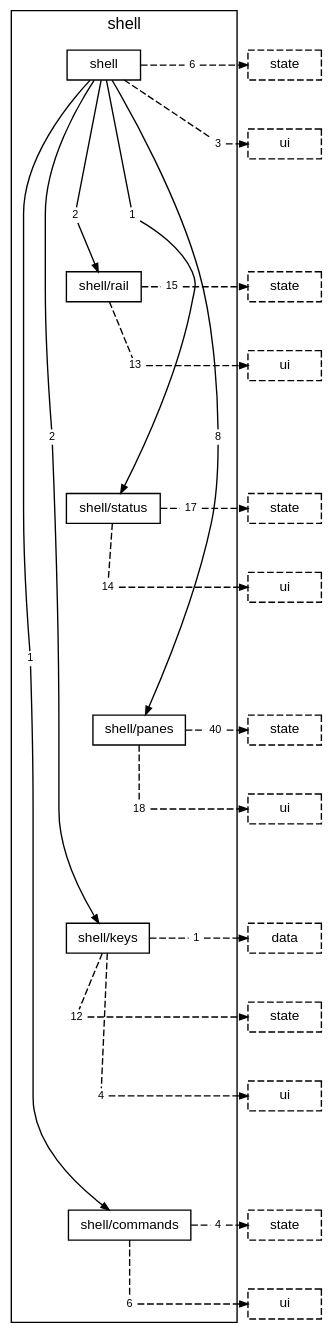
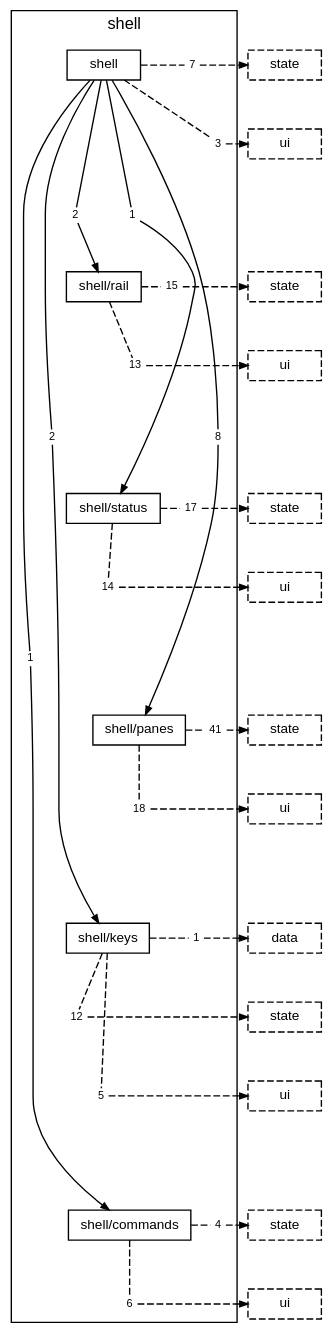
One commit to TheAxeC/oculus changed the diagram in docs/diagrams/layer-shell.dot. Above: the diagram before and after it, drawn with Graphviz. The commit also changed 129 other files, not shown here.

```diff
--- a/docs/diagrams/layer-shell.dot
+++ b/docs/diagrams/layer-shell.dot
@@ -1,99 +1,99 @@
 digraph layer_shell {
     graph [bgcolor="transparent", rankdir=TB, newrank=true, mclimit=4, fontname="Helvetica,Arial,sans-serif", fontsize=12, nodesep=0.2, ranksep=0.5];
     node [shape=box, color="black", fontcolor="black", fontname="Helvetica,Arial,sans-serif", fontsize=10, height=0.3, margin="0.12,0.04"];
     edge [color="black", fontcolor="black", fontname="Helvetica,Arial,sans-serif", fontsize=8, arrowsize=0.6];
     subgraph "cluster_shell" {
         label="shell"; style=solid;
         "folder shell" [label="shell"];
         "folder shell/rail" [label="shell/rail"];
         "folder shell/status" [label="shell/status"];
         "folder shell/panes" [label="shell/panes"];
         "folder shell/keys" [label="shell/keys"];
         "folder shell/commands" [label="shell/commands"];
         "folder shell to folder shell/commands" [label="1", shape=box, color="transparent", fontsize=8, width=0, height=0, margin="0.04,0.02"];
         "folder shell to folder shell/keys" [label="2", shape=box, color="transparent", fontsize=8, width=0, height=0, margin="0.04,0.02"];
         "folder shell to folder shell/panes" [label="8", shape=box, color="transparent", fontsize=8, width=0, height=0, margin="0.04,0.02"];
         "folder shell to folder shell/rail" [label="2", shape=box, color="transparent", fontsize=8, width=0, height=0, margin="0.04,0.02"];
         "folder shell to folder shell/status" [label="1", shape=box, color="transparent", fontsize=8, width=0, height=0, margin="0.04,0.02"];
-        "folder shell to layer state" [label="6", shape=box, color="transparent", fontsize=8, width=0, height=0, margin="0.04,0.02"];
+        "folder shell to layer state" [label="7", shape=box, color="transparent", fontsize=8, width=0, height=0, margin="0.04,0.02"];
         "folder shell to layer ui" [label="3", shape=box, color="transparent", fontsize=8, width=0, height=0, margin="0.04,0.02"];
         "folder shell/rail to layer state" [label="15", shape=box, color="transparent", fontsize=8, width=0, height=0, margin="0.04,0.02"];
         "folder shell/rail to layer ui" [label="13", shape=box, color="transparent", fontsize=8, width=0, height=0, margin="0.04,0.02"];
         "folder shell/status to layer state" [label="17", shape=box, color="transparent", fontsize=8, width=0, height=0, margin="0.04,0.02"];
         "folder shell/status to layer ui" [label="14", shape=box, color="transparent", fontsize=8, width=0, height=0, margin="0.04,0.02"];
-        "folder shell/panes to layer state" [label="40", shape=box, color="transparent", fontsize=8, width=0, height=0, margin="0.04,0.02"];
+        "folder shell/panes to layer state" [label="41", shape=box, color="transparent", fontsize=8, width=0, height=0, margin="0.04,0.02"];
         "folder shell/panes to layer ui" [label="18", shape=box, color="transparent", fontsize=8, width=0, height=0, margin="0.04,0.02"];
         "folder shell/keys to layer data" [label="1", shape=box, color="transparent", fontsize=8, width=0, height=0, margin="0.04,0.02"];
         "folder shell/keys to layer state" [label="12", shape=box, color="transparent", fontsize=8, width=0, height=0, margin="0.04,0.02"];
-        "folder shell/keys to layer ui" [label="4", shape=box, color="transparent", fontsize=8, width=0, height=0, margin="0.04,0.02"];
+        "folder shell/keys to layer ui" [label="5", shape=box, color="transparent", fontsize=8, width=0, height=0, margin="0.04,0.02"];
         "folder shell/commands to layer state" [label="4", shape=box, color="transparent", fontsize=8, width=0, height=0, margin="0.04,0.02"];
         "folder shell/commands to layer ui" [label="6", shape=box, color="transparent", fontsize=8, width=0, height=0, margin="0.04,0.02"];
     }
     "layer state from folder shell" [label="state", style=dashed];
     "layer ui from folder shell" [label="ui", style=dashed];
     "layer state from folder shell/rail" [label="state", style=dashed];
     "layer ui from folder shell/rail" [label="ui", style=dashed];
     "layer state from folder shell/status" [label="state", style=dashed];
     "layer ui from folder shell/status" [label="ui", style=dashed];
     "layer state from folder shell/panes" [label="state", style=dashed];
     "layer ui from folder shell/panes" [label="ui", style=dashed];
     "layer data from folder shell/keys" [label="data", style=dashed];
     "layer state from folder shell/keys" [label="state", style=dashed];
     "layer ui from folder shell/keys" [label="ui", style=dashed];
     "layer state from folder shell/commands" [label="state", style=dashed];
     "layer ui from folder shell/commands" [label="ui", style=dashed];
     "folder shell" -> "folder shell/rail" [style=invis, weight=10, minlen=3];
     "folder shell/rail" -> "folder shell/status" [style=invis, weight=10, minlen=3];
     "folder shell/status" -> "folder shell/panes" [style=invis, weight=10, minlen=3];
     "folder shell/panes" -> "folder shell/keys" [style=invis, weight=10, minlen=3];
     "folder shell/keys" -> "folder shell/commands" [style=invis, weight=10, minlen=4];
     "folder shell" -> "folder shell to folder shell/commands" [arrowhead=none, minlen=8, weight=10];
     "folder shell to folder shell/commands" -> "folder shell/commands" [];
     "folder shell" -> "folder shell to folder shell/keys" [arrowhead=none, minlen=5, weight=10];
     "folder shell to folder shell/keys" -> "folder shell/keys" [];
     "folder shell" -> "folder shell to folder shell/panes" [arrowhead=none, minlen=5, weight=10];
     "folder shell to folder shell/panes" -> "folder shell/panes" [];
     "folder shell" -> "folder shell to folder shell/rail" [arrowhead=none, minlen=2, weight=10];
     "folder shell to folder shell/rail" -> "folder shell/rail" [];
     "folder shell" -> "folder shell to folder shell/status" [arrowhead=none, minlen=2, weight=10];
     "folder shell to folder shell/status" -> "folder shell/status" [];
     "folder shell" -> "folder shell to layer state" [arrowhead=none, style=dashed];
     "folder shell to layer state" -> "layer state from folder shell" [style=dashed];
     { rank=same; "folder shell"; "folder shell to layer state"; "layer state from folder shell"; }
     "folder shell" -> "folder shell to layer ui" [arrowhead=none, style=dashed, minlen=1, weight=10];
     "folder shell to layer ui" -> "layer ui from folder shell" [style=dashed];
     { rank=same; "folder shell to layer ui"; "layer ui from folder shell"; }
     "folder shell/rail" -> "folder shell/rail to layer state" [arrowhead=none, style=dashed];
     "folder shell/rail to layer state" -> "layer state from folder shell/rail" [style=dashed];
     { rank=same; "folder shell/rail"; "folder shell/rail to layer state"; "layer state from folder shell/rail"; }
     "folder shell/rail" -> "folder shell/rail to layer ui" [arrowhead=none, style=dashed, minlen=1, weight=10];
     "folder shell/rail to layer ui" -> "layer ui from folder shell/rail" [style=dashed];
     { rank=same; "folder shell/rail to layer ui"; "layer ui from folder shell/rail"; }
     "folder shell/status" -> "folder shell/status to layer state" [arrowhead=none, style=dashed];
     "folder shell/status to layer state" -> "layer state from folder shell/status" [style=dashed];
     { rank=same; "folder shell/status"; "folder shell/status to layer state"; "layer state from folder shell/status"; }
     "folder shell/status" -> "folder shell/status to layer ui" [arrowhead=none, style=dashed, minlen=1, weight=10];
     "folder shell/status to layer ui" -> "layer ui from folder shell/status" [style=dashed];
     { rank=same; "folder shell/status to layer ui"; "layer ui from folder shell/status"; }
     "folder shell/panes" -> "folder shell/panes to layer state" [arrowhead=none, style=dashed];
     "folder shell/panes to layer state" -> "layer state from folder shell/panes" [style=dashed];
     { rank=same; "folder shell/panes"; "folder shell/panes to layer state"; "layer state from folder shell/panes"; }
     "folder shell/panes" -> "folder shell/panes to layer ui" [arrowhead=none, style=dashed, minlen=1, weight=10];
     "folder shell/panes to layer ui" -> "layer ui from folder shell/panes" [style=dashed];
     { rank=same; "folder shell/panes to layer ui"; "layer ui from folder shell/panes"; }
     "folder shell/keys" -> "folder shell/keys to layer data" [arrowhead=none, style=dashed];
     "folder shell/keys to layer data" -> "layer data from folder shell/keys" [style=dashed];
     { rank=same; "folder shell/keys"; "folder shell/keys to layer data"; "layer data from folder shell/keys"; }
     "folder shell/keys" -> "folder shell/keys to layer state" [arrowhead=none, style=dashed, minlen=1, weight=10];
     "folder shell/keys to layer state" -> "layer state from folder shell/keys" [style=dashed];
     { rank=same; "folder shell/keys to layer state"; "layer state from folder shell/keys"; }
     "folder shell/keys" -> "folder shell/keys to layer ui" [arrowhead=none, style=dashed, minlen=2, weight=10];
     "folder shell/keys to layer ui" -> "layer ui from folder shell/keys" [style=dashed];
     { rank=same; "folder shell/keys to layer ui"; "layer ui from folder shell/keys"; }
     "folder shell/commands" -> "folder shell/commands to layer state" [arrowhead=none, style=dashed];
     "folder shell/commands to layer state" -> "layer state from folder shell/commands" [style=dashed];
     { rank=same; "folder shell/commands"; "folder shell/commands to layer state"; "layer state from folder shell/commands"; }
     "folder shell/commands" -> "folder shell/commands to layer ui" [arrowhead=none, style=dashed, minlen=1, weight=10];
     "folder shell/commands to layer ui" -> "layer ui from folder shell/commands" [style=dashed];
     { rank=same; "folder shell/commands to layer ui"; "layer ui from folder shell/commands"; }
 }
```
